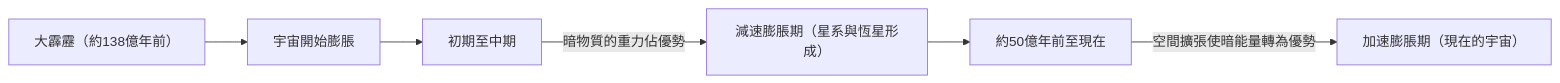
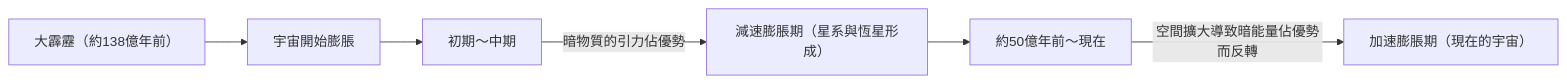
The second of 2 diagrams in content/post/dark-matter-dark-energy-mysteries/index.zh-tw.md (kenjinote/blog), drawn with Mermaid before and after one commit. The commit also changed other lines of this file and 12 other files, not shown here.

````diff
--- a/content/post/dark-matter-dark-energy-mysteries/index.zh-tw.md
+++ b/content/post/dark-matter-dark-energy-mysteries/index.zh-tw.md
@@ -83,8 +89,8 @@
 ```mermaid
 graph LR
     A["大霹靂（約138億年前）"] --> B["宇宙開始膨脹"]
-    B --> C["初期至中期"]
-    C -->|"暗物質的重力佔優勢"| D["減速膨脹期（星系與恆星形成）"]
-    D --> E["約50億年前至現在"]
-    E -->|"空間擴張使暗能量轉為優勢"| F["加速膨脹期（現在的宇宙）"]
+    B --> C["初期～中期"]
+    C -- "暗物質的引力佔優勢" --> D["減速膨脹期（星系與恆星形成）"]
+    D --> E["約50億年前～現在"]
+    E -- "空間擴大導致暗能量佔優勢而反轉" --> F["加速膨脹期（現在的宇宙）"]
 ```
````
